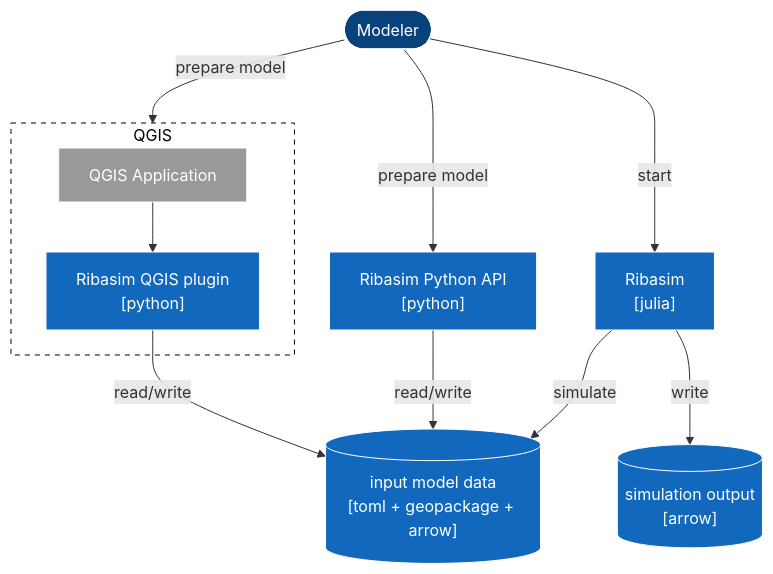
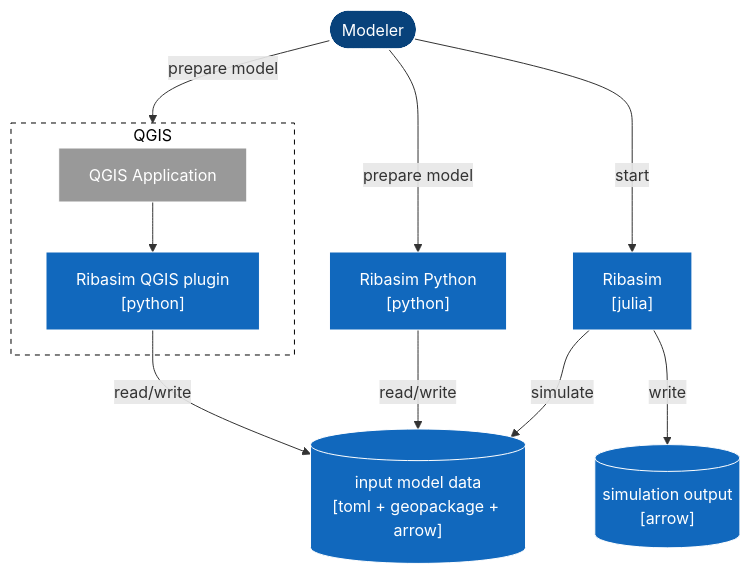
Before and after one commit to Deltares/Ribasim: the diagram in docs/assets/c4_system.mmd, drawn with Mermaid.

Commit message:
Remove the name API
Ribasim Python is what we use in the rest of the documentation

```diff
--- a/docs/assets/c4_system.mmd
+++ b/docs/assets/c4_system.mmd
@@ -1,32 +1,32 @@
 flowchart TB
 modeler([Modeler]):::user
 
-api["Ribasim Python API\n[python]"]:::system
+api["Ribasim Python\n[python]"]:::system
 modeler-->|prepare model|api
 
 ribasim["Ribasim\n[julia]"]:::system
 modeler-->|start|ribasim
 
 subgraph qgisBoundary[QGIS]
     QGIS[QGIS Application]:::system_ext
     qgisPlugin["Ribasim QGIS plugin\n[python]"]:::system
     QGIS-->qgisPlugin
 end
 modeler-->|prepare model|qgisBoundary
 
 model[("input model data\n[toml + geopackage + arrow]")]:::system
 qgisPlugin-->|read/write|model
 api-->|read/write|model
 ribasim-->|simulate|model
 
 output[("simulation output\n[arrow]")]:::system
 ribasim-->|write|output
 
 class qgisBoundary boundary
 
 %% class definitions for C4 model
-classDef default stroke-width:1px,stroke:white,color:white;
-classDef system fill:#1168bd;
-classDef user fill:#08427b;
-classDef system_ext fill:#999999;
-classDef boundary fill:transparent,stroke-dasharray:5 5,stroke:black,color:black;
+classDef default stroke-width:1px,stroke:white,color:white
+classDef system fill:#1168bd
+classDef user fill:#08427b
+classDef system_ext fill:#999999
+classDef boundary fill:transparent,stroke-dasharray:5 5,stroke:black,color:black
```
